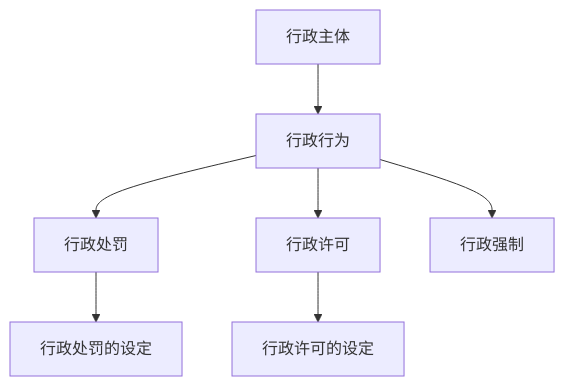
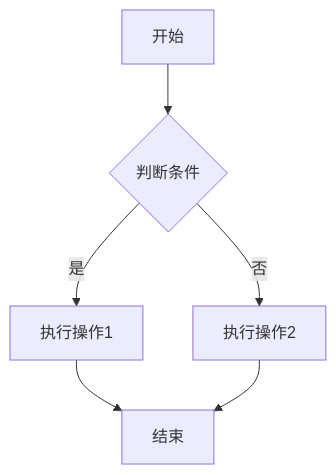
The first of 3 diagrams in docs/example/rich-content-test/test-content.md (Fresh-Tim-Lam/Memoria), drawn with Mermaid before and after one commit. The commit also changed other lines of this file and 49 other files, not shown here.

````diff
--- a/docs/example/rich-content-test/test-content.md
+++ b/docs/example/rich-content-test/test-content.md
@@ -40,9 +56,8 @@
 ```mermaid
 graph TD
-    A[行政主体] --> B[行政行为]
-    B --> C[行政处罚]
-    B --> D[行政许可]
-    B --> E[行政强制]
-    C --> F[行政处罚的设定]
-    D --> G[行政许可的设定]
+    A[开始] --> B{判断条件}
+    B -->|是| C[执行操作1]
+    B -->|否| D[执行操作2]
+    C --> E[结束]
+    D --> E
 ```
````
